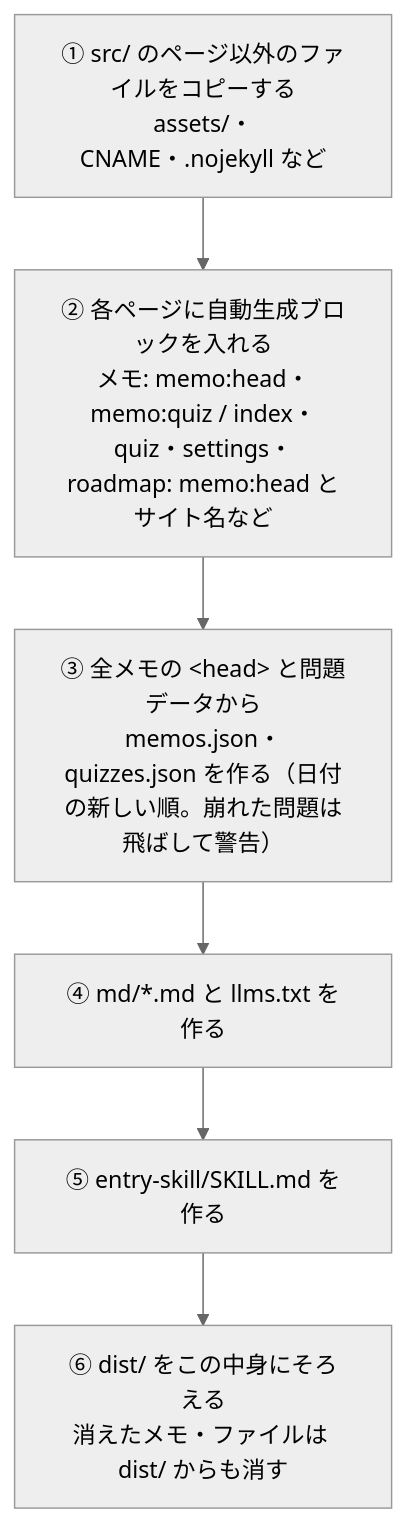
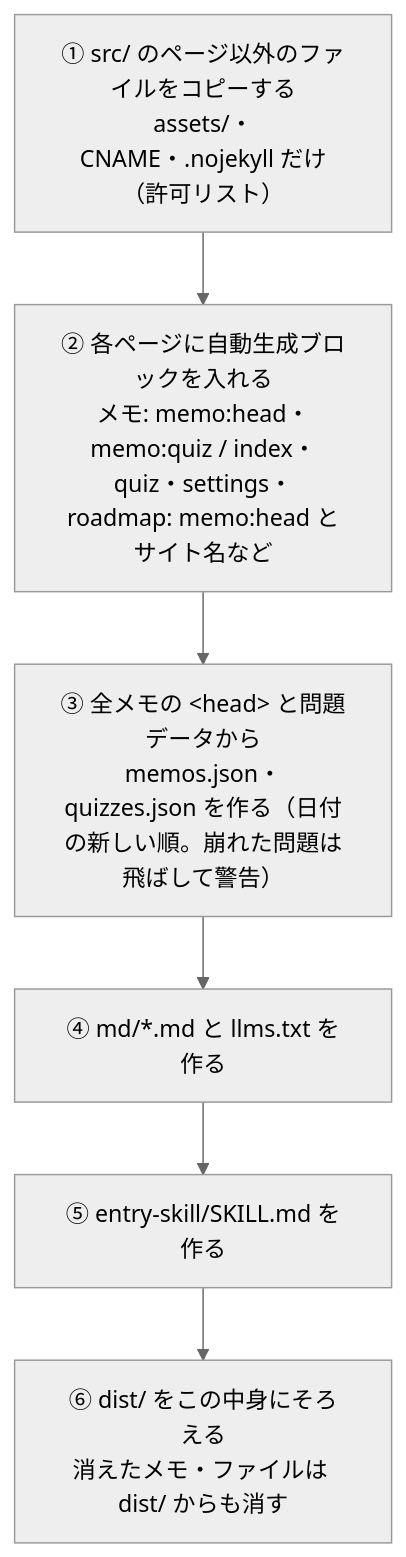
One commit to taka1156/memo-kit changed the fourth of 10 diagrams in memo-detail.md. Above: the diagram before and after it, drawn with Mermaid (neutral theme). The commit also changed other lines of this file and 16 other files, not shown here.

````diff
--- a/memo-detail.md
+++ b/memo-detail.md
@@ -228,10 +231,10 @@
 ```mermaid
 flowchart TB
-  s1["① src/ のページ以外のファイルをコピーする<br/>assets/・CNAME・.nojekyll など"]
+  s1["① src/ のページ以外のファイルをコピーする<br/>assets/・CNAME・.nojekyll だけ（許可リスト）"]
   s2["② 各ページに自動生成ブロックを入れる<br/>メモ: memo:head・memo:quiz / index・quiz・settings・roadmap: memo:head とサイト名など"]
   s3["③ 全メモの &lt;head&gt; と問題データから<br/>memos.json・quizzes.json を作る（日付の新しい順。崩れた問題は飛ばして警告）"]
   s4["④ md/*.md と llms.txt を作る"]
   s5["⑤ entry-skill/SKILL.md を作る"]
   s6["⑥ dist/ をこの中身にそろえる<br/>消えたメモ・ファイルは dist/ からも消す"]
   s1 --> s2 --> s3 --> s4 --> s5 --> s6
 ```
````
